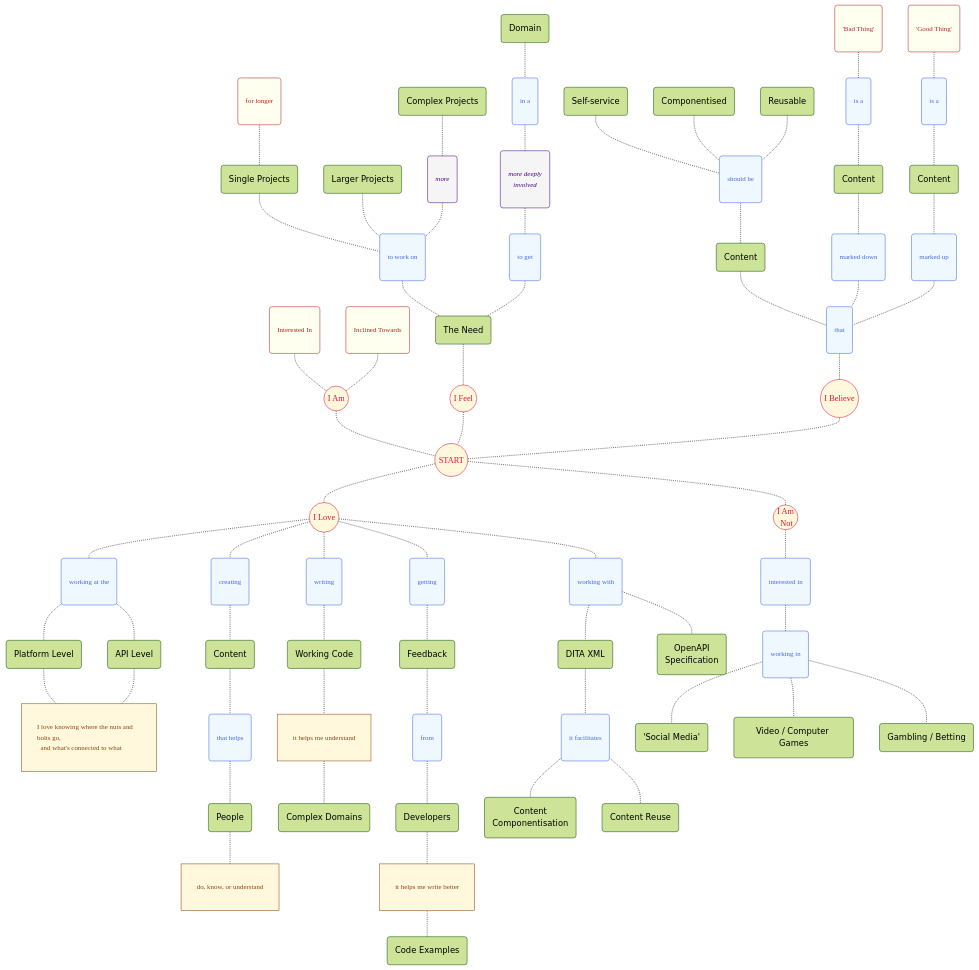
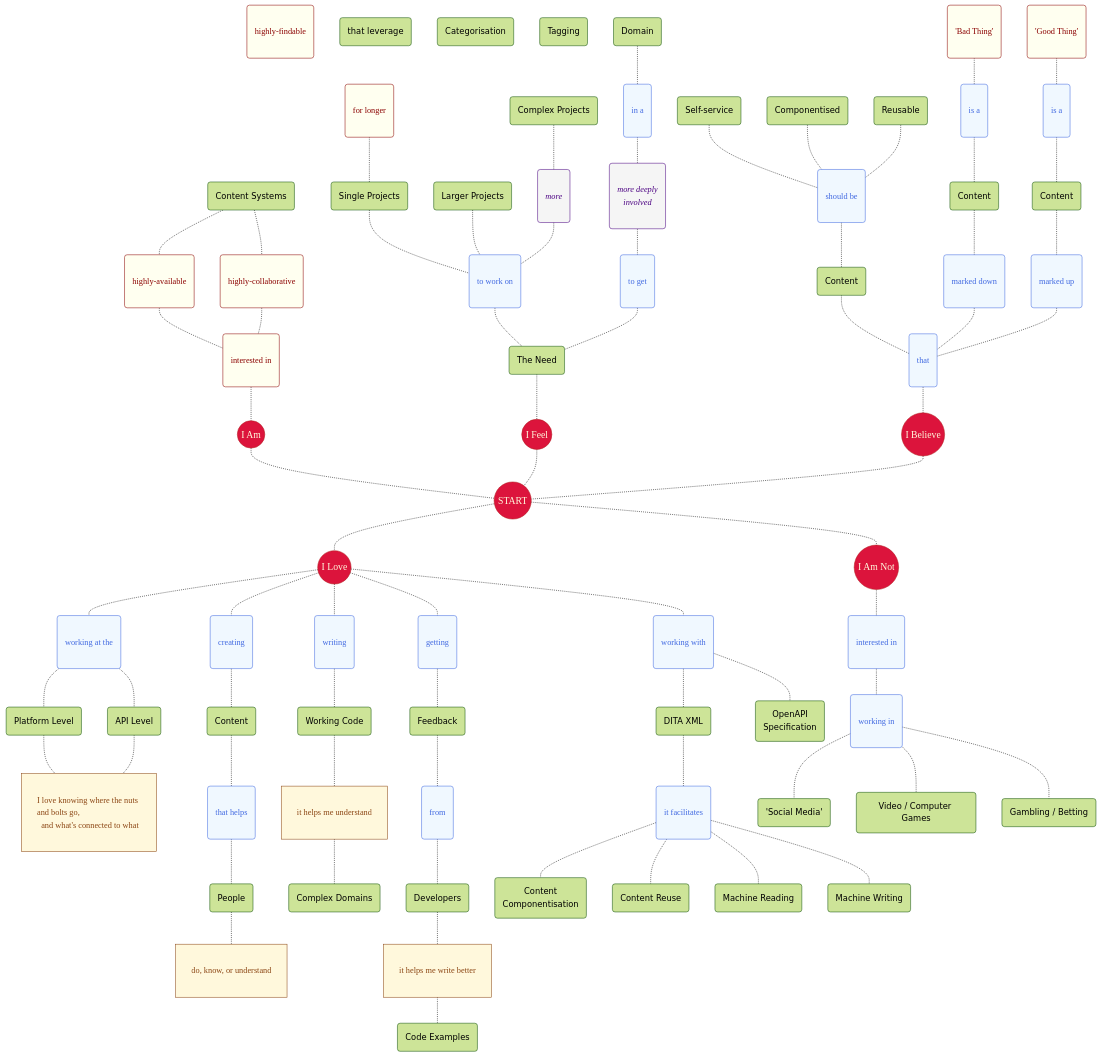
Before and after one commit to joe-dorward/samples: the diagram in my_mermaid_mindmap.md, drawn with Mermaid.

````diff
--- a/my_mermaid_mindmap.md
+++ b/my_mermaid_mindmap.md
@@ -1,21 +1,33 @@
 ```mermaid
 %%{init: { "theme":"forest" } }%%
 flowchart TD
-  classDef Start fill:cornsilk, color:crimson, stroke:crimson, font-family:verdana, font-size:12pt, padding:6px;
-  classDef Verb fill:aliceblue, color:royalblue, stroke:royalblue, font-family:verdana, font-size:10pt, padding:0px 4px;
-  classDef Adverb fill:whitesmoke, color:indigo, stroke:indigo, font-family:verdana, font-size:10pt, font-style:italic, padding:0px 4px;
-  classDef Adjective fill:ivory, color:firebrick, stroke:firebrick, font-family:verdana, font-size:10pt, padding:0px 4px;
-  classDef Note fill:cornsilk, stroke:saddlebrown, color:saddlebrown, font-family:verdana, font-size:10pt, text-align:left, padding:0px 4px;
+  classDef Start fill:crimson, color:cornsilk, stroke:firebrick, font-family:verdana, font-size:14pt, padding:10px;
+
+  classDef Verb fill:aliceblue, color:royalblue, stroke:royalblue, font-family:verdana, padding:0px 4px;
+  classDef Adverb fill:whitesmoke, color:indigo, stroke:indigo, font-family:verdana, font-style:italic, padding:0px 4px;
+  classDef Adjective fill:ivory, color:darkred, stroke:darkred, font-family:verdana, padding:0px 4px;
+  classDef Note fill:cornsilk, stroke:saddlebrown, color:saddlebrown, font-family:verdana, text-align:left, padding:0px 4px;
 
   %% ========== ========== ========== ========== ==========
   I_AM(("I Am")):::Start
-  INTERESTED_IN("Interested In")
-  INCLINED_TOWARDS("Inclined Towards")
+  I_AM-.-START
 
-  class INTERESTED_IN,INCLINED_TOWARDS Adjective;
+  INTERESTED_IN("interested in")
+  HIGHLY_AVAILABLE("highly-available")
+  HIGHLY_FINDABLE("highly-findable")
+  HIGHLY_COLABORATIVE("highly-collaborative")
+  CONTENT_SYSTEMS("Content Systems")
+  THAT_LEVERAGE("that leverage")
+  CATEGORISATION("Categorisation")
+  TAGGING("Tagging")
+
+  class INTERESTED_IN,HIGHLY_AVAILABLE,HIGHLY_FINDABLE,HIGHLY_COLABORATIVE Adjective;
+
+  CONTENT_SYSTEMS-.-HIGHLY_AVAILABLE-.-INTERESTED_IN
+  %%CONTENT_SYSTEMS-.-HIGHLY_FINDABLE-.-INTERESTED_IN
+  CONTENT_SYSTEMS-.-HIGHLY_COLABORATIVE-.-INTERESTED_IN
 
   INTERESTED_IN-.-I_AM
-  INCLINED_TOWARDS-.-I_AM
   %% ========== ========== ========== ========== ==========
   SINGLE_PROJECTS("Single Projects")
   LARGER_PROJECTS("Larger Projects")
@@ -146,12 +158,16 @@
   IT_FACILITATES("it facilitates")
   CONTENT_COMPONENTISATION("Content<br/>Componentisation")
   CONTENT_REUSE("Content Reuse")
+  MACHINE_READING("Machine Reading")
+  MACHINE_WRITING("Machine Writing")
 
   class WORKING_WITH,IT_FACILITATES Verb;
 
   I_LOVE-.-WORKING_WITH-.-DITA_XML-.-
   IT_FACILITATES-.-CONTENT_COMPONENTISATION
   IT_FACILITATES-.-CONTENT_REUSE
+  IT_FACILITATES-.-MACHINE_READING
+  IT_FACILITATES-.-MACHINE_WRITING
 
   WORKING_WITH-.-
   OPEN_API_SPECIFICATION("OpenAPI<br/>Specification")
@@ -163,7 +179,7 @@
 
 
   %%  ========== ========== ========== ========== ==========
-  IM_NOT(("I Am<br/>&nbsp;Not")):::Start
+  IM_NOT(("I Am Not")):::Start
 
   INTERESTED_IN_2("interested in")
   WORKING_IN("working in")
@@ -179,11 +195,14 @@
   WORKING_IN-.-VIDEO_COMPUTER_GAMES
   WORKING_IN-.-GAMBLING_BETTING
 
+  %% ========== ========== ========== ========== ==========
+  I_AM(("I Am")):::Start
+  INTERESTED_IN("interested in")
 
   %%  ========== ========== ========== ========== ==========
   START(("START")):::Start
 
-  I_AM-.-START
+  %%I_AM-.-START
 
   I_FEEL-.-START
   I_BELIEVE-.-START
````
